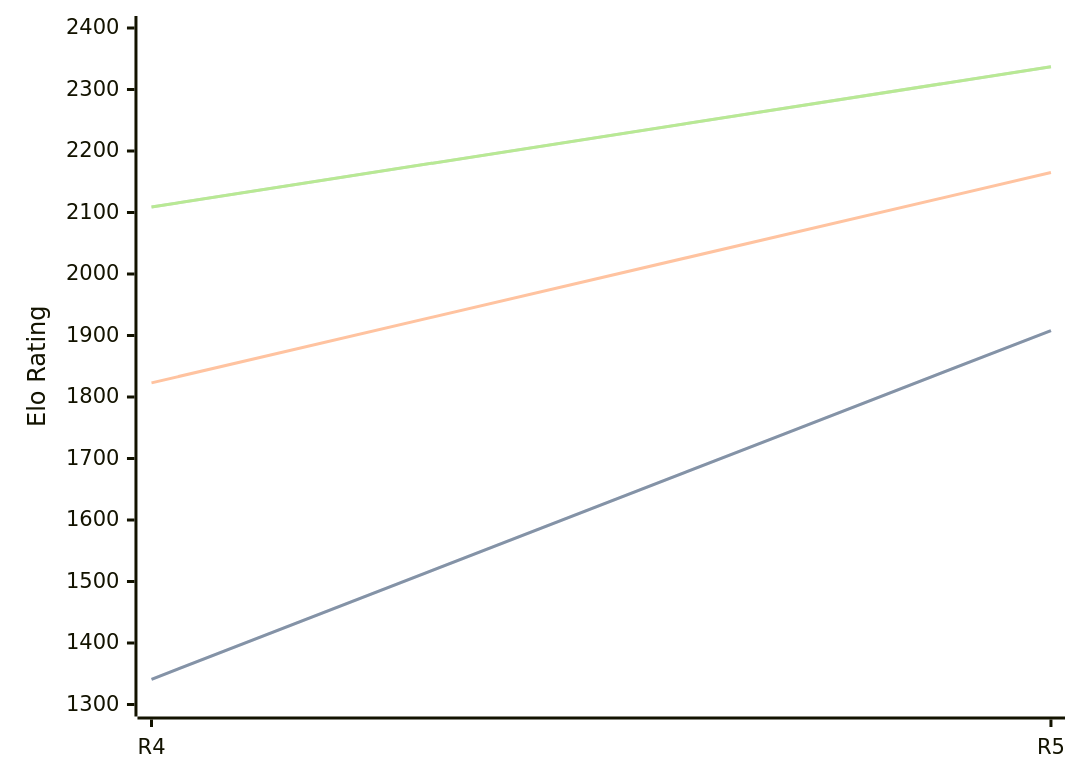
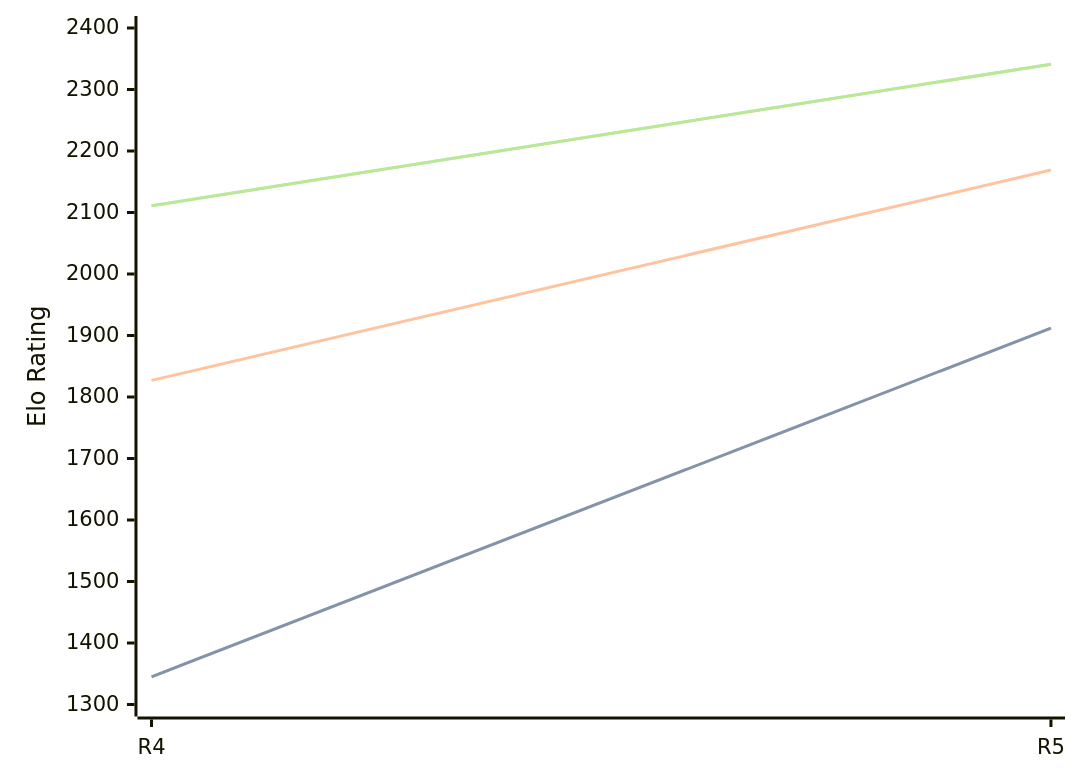
Before and after one commit to computer-chess-index/cci: the diagram in engines/Viking.md, drawn with Mermaid. The commit also changed other lines of this file, not shown here.

Commit message:
Update CCI Ratings (ELO VLTC) - 2026-08-18

````diff
--- a/engines/Viking.md
+++ b/engines/Viking.md
@@ -35,11 +35,11 @@
 ```mermaid
 %%{init: {"theme":"base","themeVariables":{"seriesColors:['#a3a3a3','#222221','#faa371']}}}%%
 xychart-beta
   x-axis ["R4", "R5"]
   y-axis "Elo Rating" 1300 --> 2400
-  line "STC (8.0+0.08s)" [1341, 1908]
-  line "STC (8.0+0.08s)" [1341, 1908]
-  line "LTC (60.0+0.60s)" [1823, 2165]
-  line "VLTC (2m24s+1.12s)" [2109, 2337]
-  line "VLTC (2m24s+1.12s)" [2109, 2337]
+  line "STC (8.0+0.08s)" [1345, 1912]
+  line "STC (8.0+0.08s)" [1345, 1912]
+  line "LTC (60.0+0.60s)" [1827, 2169]
+  line "VLTC (2m24s+1.12s)" [2111, 2341]
+  line "VLTC (2m24s+1.12s)" [2111, 2341]
 ```
````
